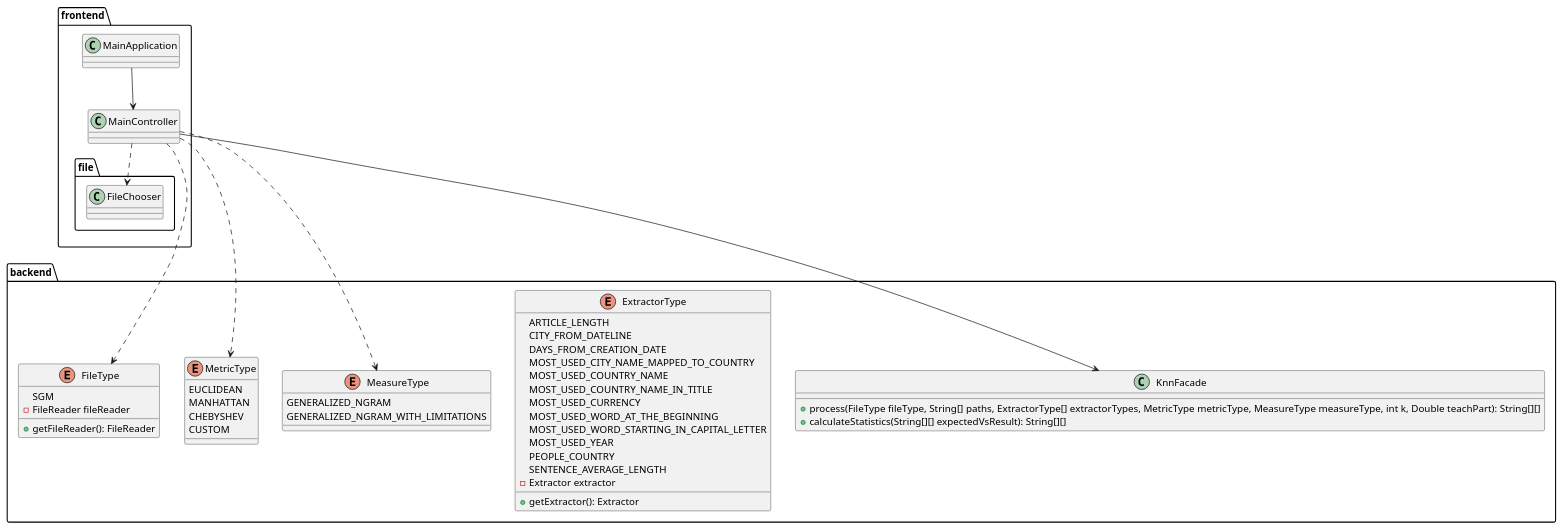
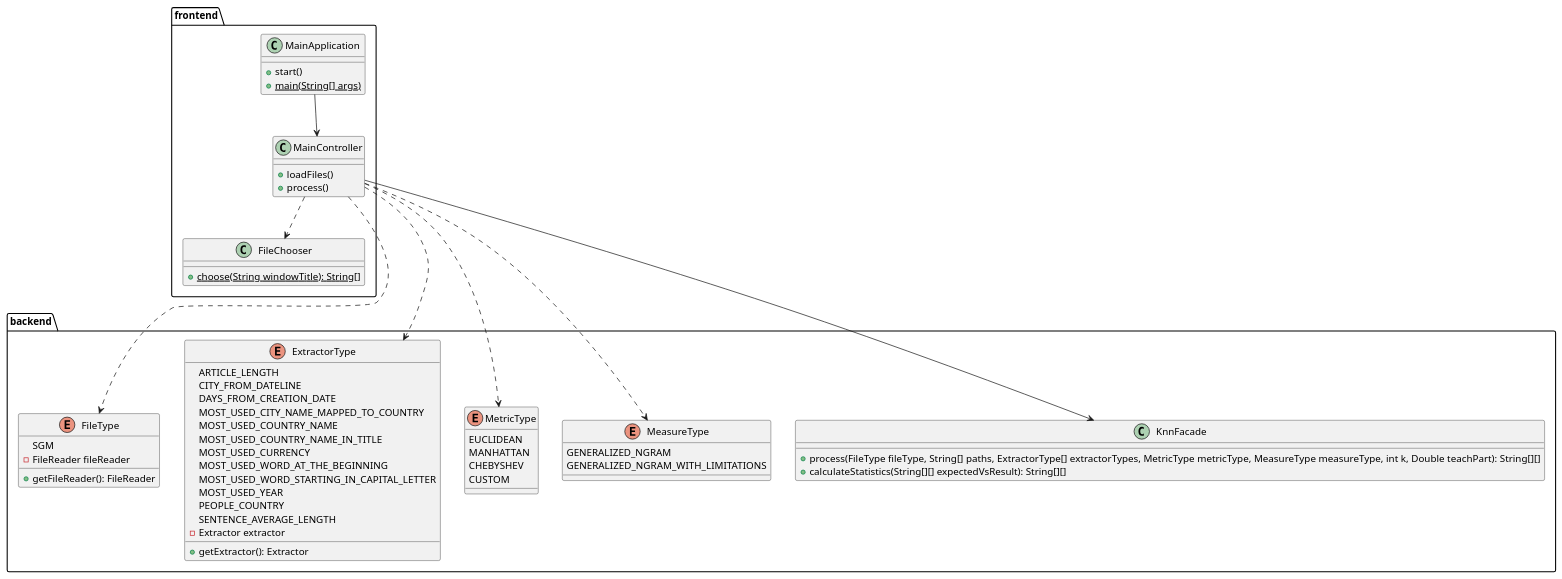
Before and after one commit to kambed/Computer-Recognition-Systems: the first of 3 diagrams in README.md, drawn with PlantUML. The commit also changed other lines of this file and 1 other file, not shown here.

````diff
--- a/README.md
+++ b/README.md
@@ -3,52 +3,59 @@
 ```plantuml
 package frontend {
-    class MainApplication
-    class MainController
-    package file {
-        class FileChooser
+    class MainApplication {
+        + start()
+        + {static} main(String[] args)
+    }
+    class MainController {
+        + loadFiles()
+        + process()
+    }
+    class FileChooser {
+        + {static} choose(String windowTitle): String[]
     }
     MainController ..> FileChooser
     MainApplication --> MainController
 }
 package backend {
     enum FileType {
         SGM
         - FileReader fileReader
         + getFileReader(): FileReader
     }
     enum ExtractorType {
         ARTICLE_LENGTH
         CITY_FROM_DATELINE
         DAYS_FROM_CREATION_DATE
         MOST_USED_CITY_NAME_MAPPED_TO_COUNTRY
         MOST_USED_COUNTRY_NAME
         MOST_USED_COUNTRY_NAME_IN_TITLE
         MOST_USED_CURRENCY
         MOST_USED_WORD_AT_THE_BEGINNING
         MOST_USED_WORD_STARTING_IN_CAPITAL_LETTER
         MOST_USED_YEAR
         PEOPLE_COUNTRY
         SENTENCE_AVERAGE_LENGTH
         - Extractor extractor
         + getExtractor(): Extractor
     }
     enum MetricType {
         EUCLIDEAN
         MANHATTAN
         CHEBYSHEV
         CUSTOM
     }
     enum MeasureType {
         GENERALIZED_NGRAM
         GENERALIZED_NGRAM_WITH_LIMITATIONS
     }
     class KnnFacade {
         + process(FileType fileType, String[] paths, ExtractorType[] extractorTypes, MetricType metricType, MeasureType measureType, int k, Double teachPart): String[][]
         + calculateStatistics(String[][] expectedVsResult): String[][]
     }
 }
 MainController ---> KnnFacade
 MainController ..> FileType
 MainController ..> MetricType
 MainController ..> MeasureType
+MainController ..> ExtractorType
 ```
````
